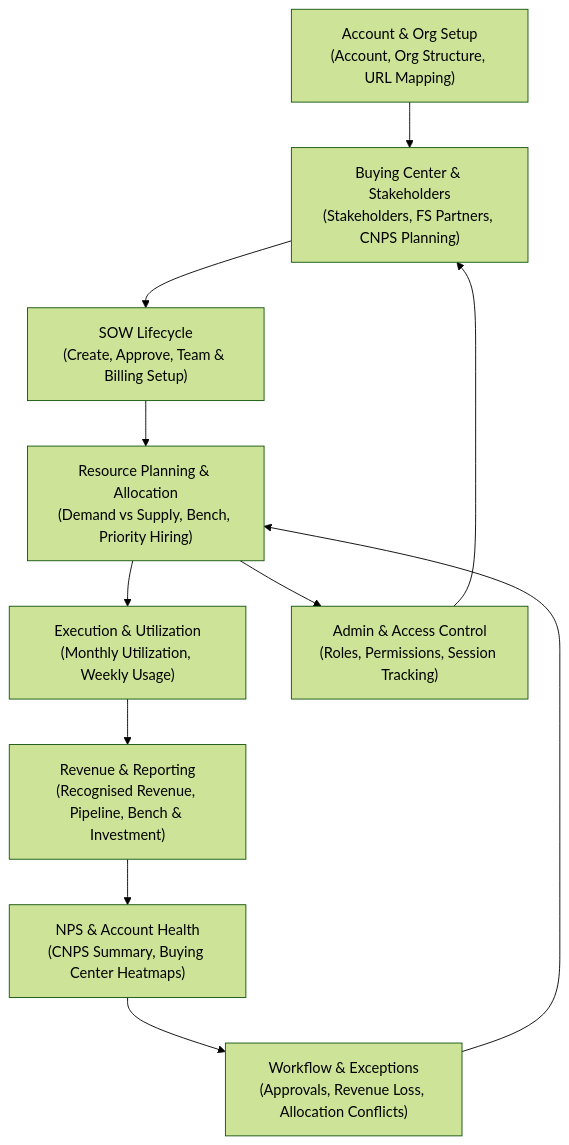
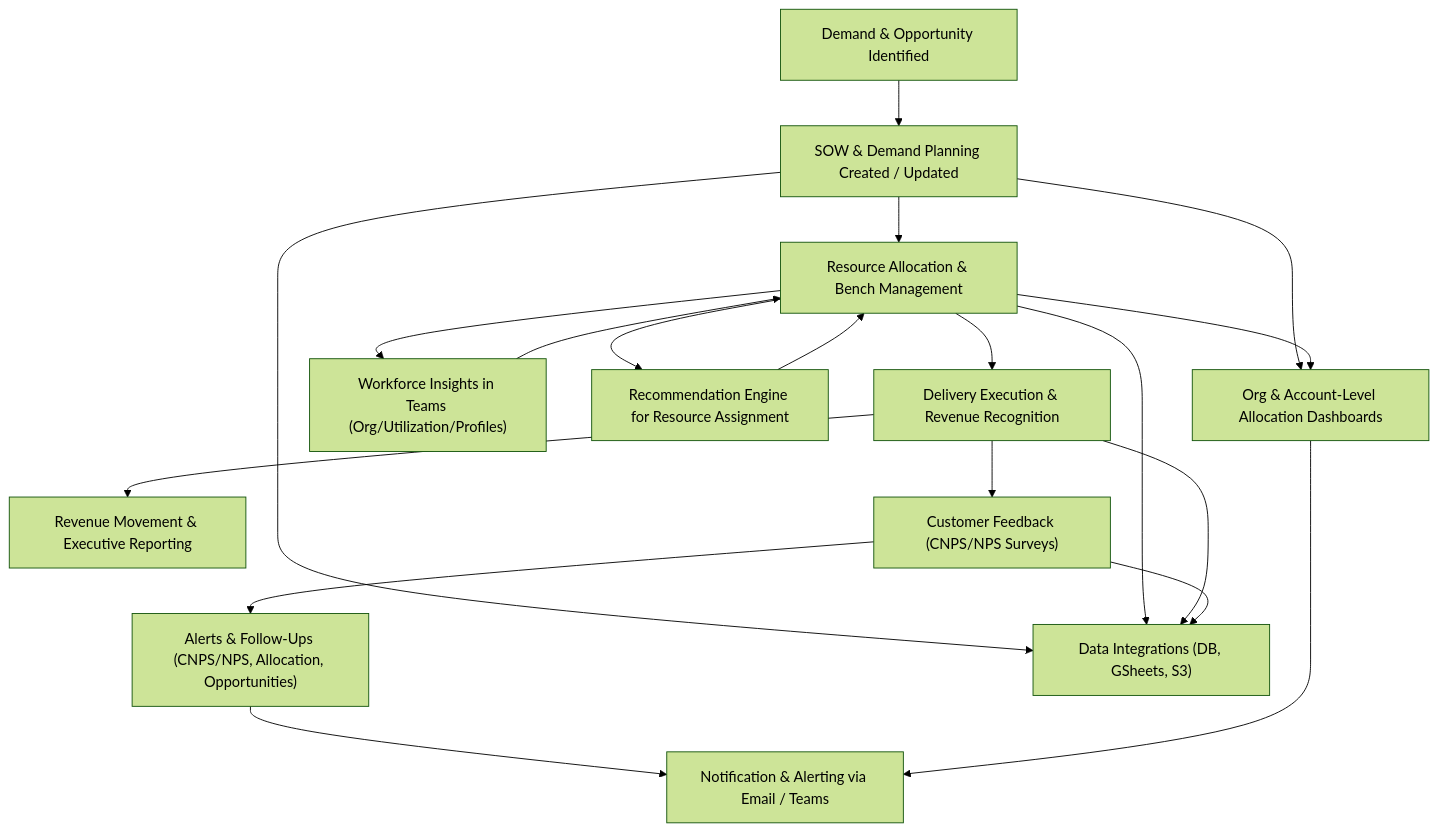
One commit to g22044-web/Arcus-Prod-Frontend changed the diagram in BUSINESS_REQUIREMENTS_DOCUMENT.md. Above: the diagram before and after it, drawn with Mermaid (forest theme). The commit also changed other lines of this file and 16 other files, not shown here.

````diff
--- a/BUSINESS_REQUIREMENTS_DOCUMENT.md
+++ b/BUSINESS_REQUIREMENTS_DOCUMENT.md
@@ -21,13 +15,27 @@
 ```mermaid
 flowchart TD
-    A["Account & Org Setup\n(Account, Org Structure, URL Mapping)"] --> B["Buying Center & Stakeholders\n(Stakeholders, FS Partners, CNPS Planning)"]
-    B --> C["SOW Lifecycle\n(Create, Approve, Team & Billing Setup)"]
-    C --> D["Resource Planning & Allocation\n(Demand vs Supply, Bench, Priority Hiring)"]
-    D --> E["Execution & Utilization\n(Monthly Utilization, Weekly Usage)"]
-    E --> F["Revenue & Reporting\n(Recognised Revenue, Pipeline, Bench & Investment)"]
-    F --> G["NPS & Account Health\n(CNPS Summary, Buying Center Heatmaps)"]
-    G --> H["Workflow & Exceptions\n(Approvals, Revenue Loss, Allocation Conflicts)"]
-    H --> D
-    D --> I["Admin & Access Control\n(Roles, Permissions, Session Tracking)"]
-    I --> B
+    A["Demand & Opportunity Identified"] --> B["SOW & Demand Planning Created / Updated"]
+    B --> C["Resource Allocation & Bench Management"]
+    C --> D["Delivery Execution & Revenue Recognition"]
+    D --> E["Revenue Movement & Executive Reporting"]
+
+    C --> F["Workforce Insights in Teams (Org/Utilization/Profiles)"]
+    F --> C
+
+    D --> G["Customer Feedback (CNPS/NPS Surveys)"]
+    G --> H["Alerts & Follow-Ups (CNPS/NPS, Allocation, Opportunities)"]
+
+    C --> I["Recommendation Engine for Resource Assignment"]
+    I --> C
+
+    B --> J["Org & Account-Level Allocation Dashboards"]
+    C --> J
+
+    B --> K["Data Integrations (DB, GSheets, S3)"]
+    C --> K
+    D --> K
+    G --> K
+
+    H --> L["Notification & Alerting via Email / Teams"]
+    J --> L
 ```
````
